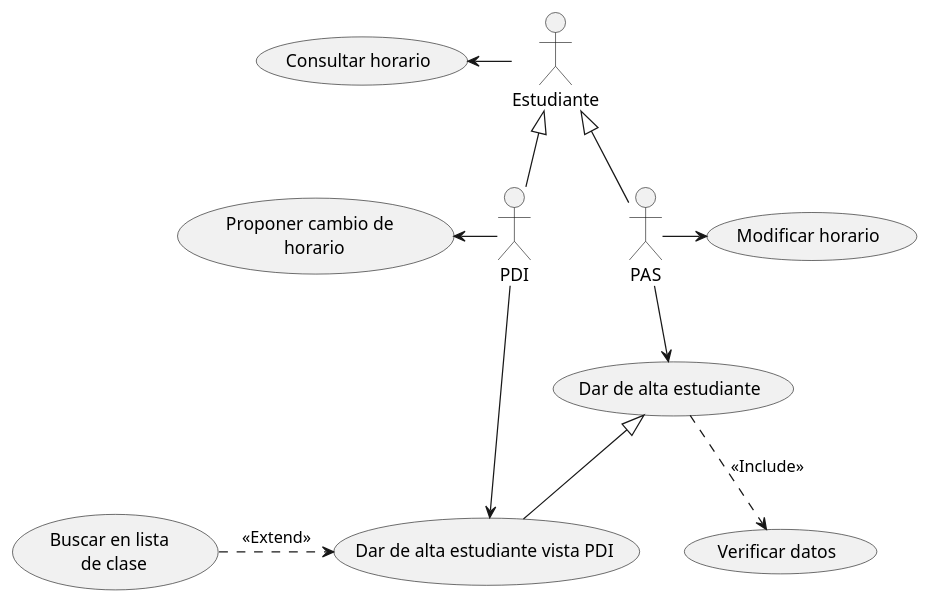
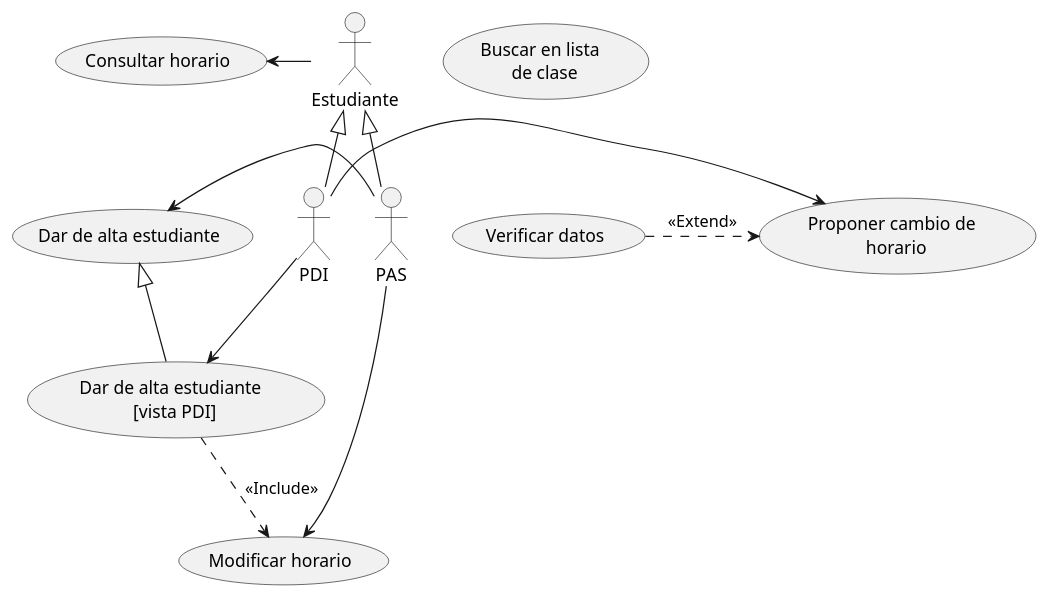
The diagram in LAB0/src/horarios.puml (emg842/INRE-UAL-ROJO-2022), drawn with PlantUML before and after one commit.

Commit message:
Supuesto 1 actualizado

```diff
--- a/LAB0/src/horarios.puml
+++ b/LAB0/src/horarios.puml
@@ -1,29 +1,29 @@
 @startuml horarios 
 
 :Estudiante: as A1
-:PDI: as A2
-:PAS: as A3
+:PAS: as A2
+:PDI: as A3
 
-(Consultar horario) as UC1
-(Modificar horario) as UC2
-(Proponer cambio de \n horario) as UC3
-(Dar de alta estudiante) as UC4
-(Verificar datos) as UC5
-(Dar de alta estudiante vista PDI) as UC6
-(Buscar en lista \n de clase) as UC7
+(Buscar en lista \n de clase) as UC1
+(Consultar horario) as UC2
+(Dar de alta estudiante) as UC3
+(Dar de alta estudiante \n [vista PDI]) as UC4
+(Modificar horario) as UC5
+(Proponer cambio de \n horario) as UC6
+(Verificar datos) as UC7
 
-A1 -left-> UC1
+A1 -left-> UC2
 A2 -left-> UC3
-A2 -down-> UC6
+A2 -down-> UC5
 A3 -down-> UC4
-A3 -right-> UC2
+A3 -right-> UC6
 
 A1 <|-- A2
 A1 <|-- A3
-UC4 <|-- UC6
+UC3 <|-- UC4
 
 UC4 ..> UC5 : <<Include>>
 
 UC7 .right.> UC6 : <<Extend>>
 
 @enduml
```
